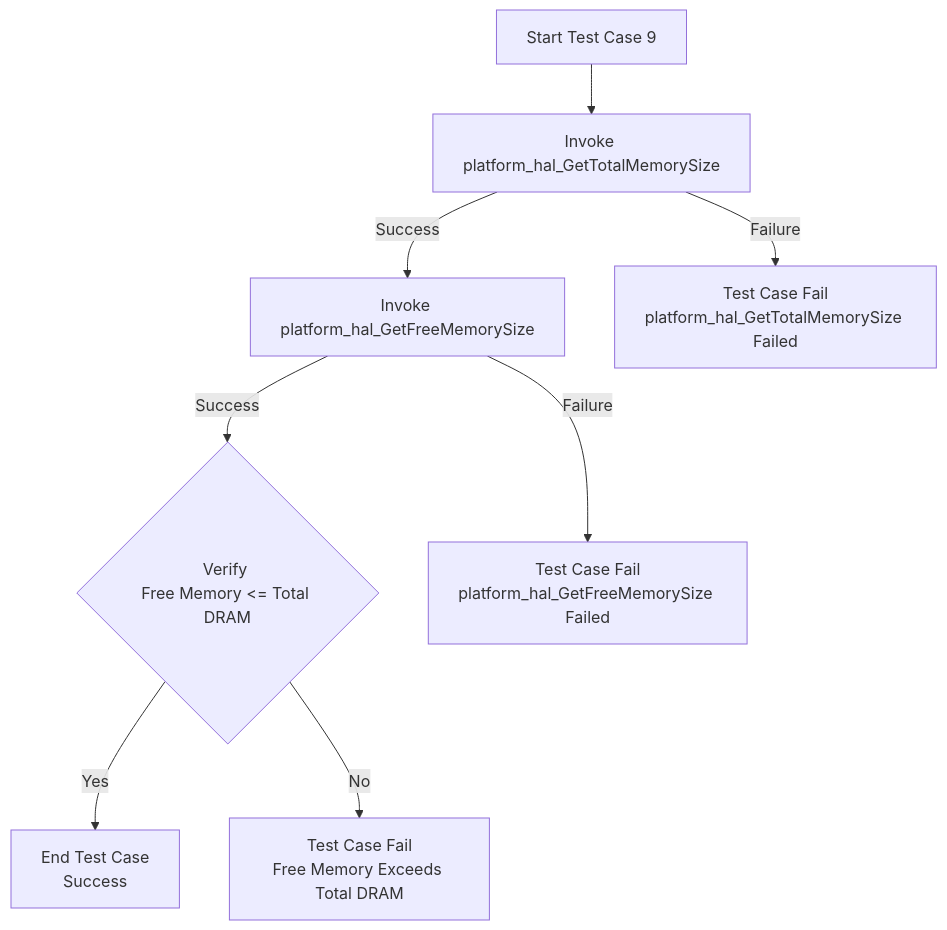
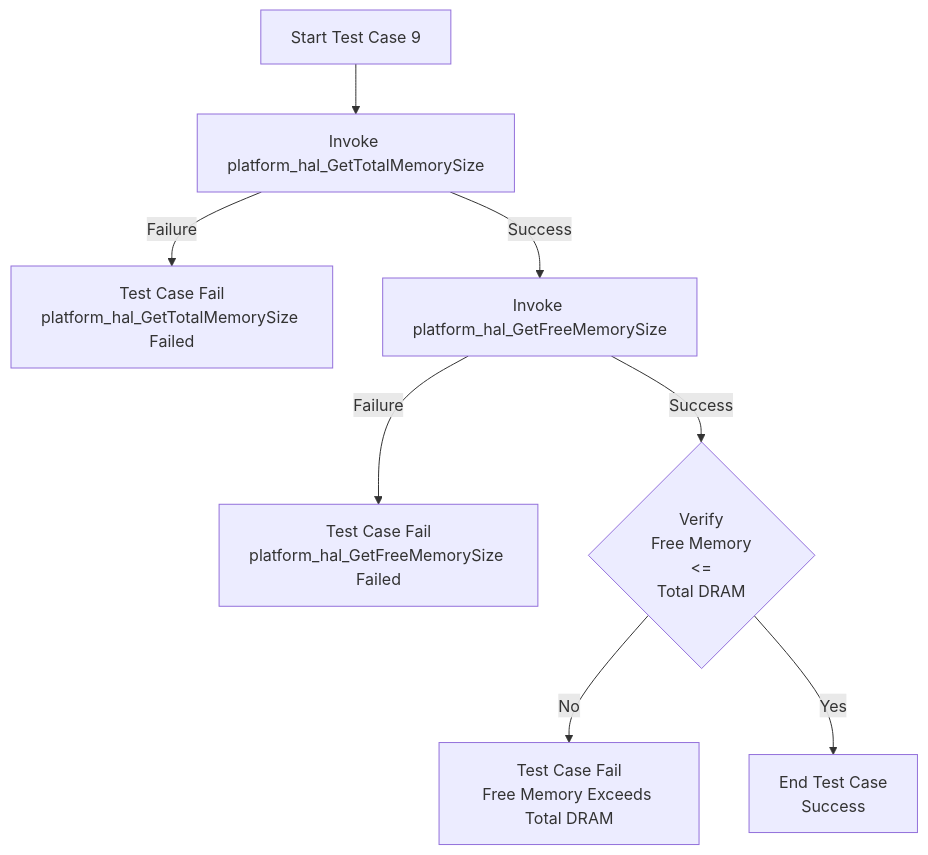
The ninth of 14 diagrams in docs/pages/platform_hal_mermaid.md (rdkcentral/rdkb-halif-test-platform), drawn with Mermaid before and after one commit. The commit also changed other lines of this file, not shown here.

Commit message:
Develop platform hal L2 test suite Modified the mermaid file for L2 testcases

````diff
--- a/docs/pages/platform_hal_mermaid.md
+++ b/docs/pages/platform_hal_mermaid.md
@@ -121,10 +121,10 @@
 ```mermaid
 flowchart TD
     A[Start Test Case 9] --> B[Invoke platform_hal_GetTotalMemorySize]
+    B -->|Failure| X[Test Case Fail<br>platform_hal_GetTotalMemorySize Failed]
     B -->|Success| C[Invoke platform_hal_GetFreeMemorySize]
-    B -->|Failure| X[Test Case Fail<br>platform_hal_GetTotalMemorySize Failed]
-    C -->|Success| D{Verify <br>Free Memory <= Total DRAM}
     C -->|Failure| Y[Test Case Fail<br>platform_hal_GetFreeMemorySize Failed]
+    C -->|Success| D{Verify <br> Free Memory <br> <= <br> Total DRAM}
+    D -->|No| F[Test Case Fail<br>Free Memory Exceeds Total DRAM]
     D -->|Yes| E[End Test Case<br>Success]
-    D -->|No| F[Test Case Fail<br>Free Memory Exceeds Total DRAM]
 ```
````
